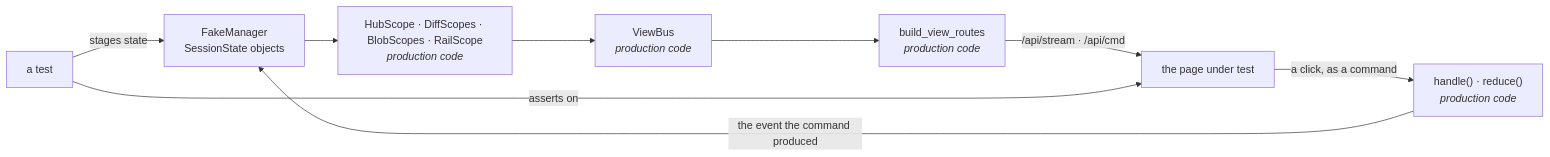
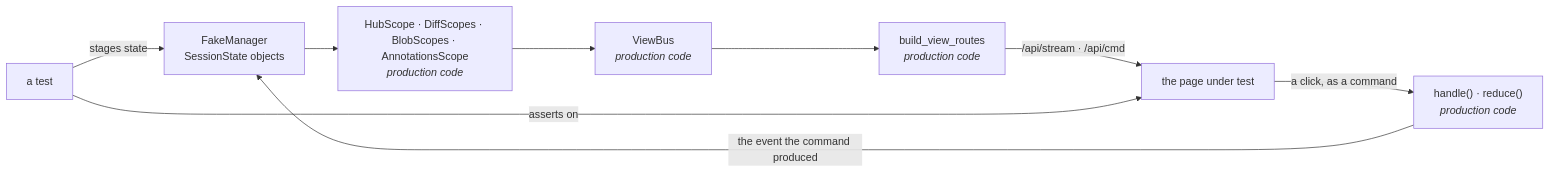
The diagram in docs/testing/web-ui.md (Joacchim/review-mate-prototype), drawn with Mermaid before and after one commit. The commit also changed other lines of this file and 46 other files, not shown here.

````diff
--- a/docs/testing/web-ui.md
+++ b/docs/testing/web-ui.md
@@ -40,11 +40,11 @@
 ```mermaid
 flowchart LR
     T["a test"] -->|stages state| F["FakeManager<br/>SessionState objects"]
-    F --> S["HubScope · DiffScopes · BlobScopes · RailScope<br/><i>production code</i>"]
+    F --> S["HubScope · DiffScopes · BlobScopes · AnnotationsScope<br/><i>production code</i>"]
     S --> B["ViewBus<br/><i>production code</i>"]
     B --> R["build_view_routes<br/><i>production code</i>"]
     R -->|"/api/stream · /api/cmd"| P["the page under test"]
     P -->|"a click, as a command"| C["handle() · reduce()<br/><i>production code</i>"]
     C -->|"the event the command produced"| F
     T -->|asserts on| P
 ```
````
